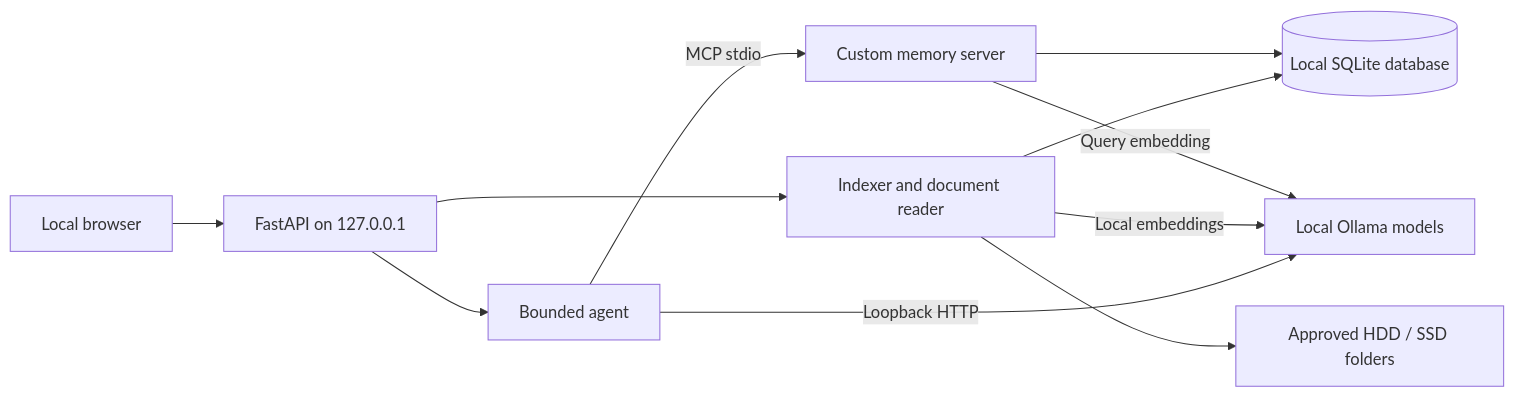
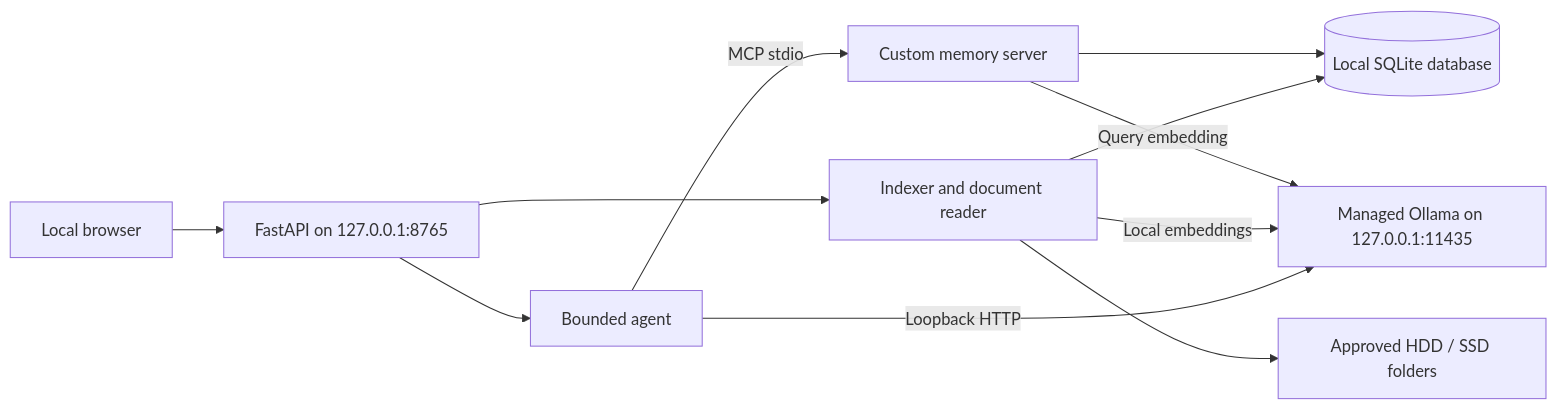
Before and after one commit to TrijalBurman/MCP-Server: the diagram in docs/architecture.md, drawn with Mermaid. The commit also changed other lines of this file and 31 other files, not shown here.

````diff
--- a/docs/architecture.md
+++ b/docs/architecture.md
@@ -5,13 +5,13 @@
 ```mermaid
 flowchart LR
-    User[Local browser] --> API[FastAPI on 127.0.0.1]
+    User[Local browser] --> API[FastAPI on 127.0.0.1:8765]
     API --> Agent[Bounded agent]
     API --> Library[Indexer and document reader]
     Library --> Files[Approved HDD / SSD folders]
     Library --> DB[(Local SQLite database)]
     Agent -->|MCP stdio| MCP[Custom memory server]
     MCP --> DB
-    Agent -->|Loopback HTTP| Ollama[Local Ollama models]
+    Agent -->|Loopback HTTP| Ollama[Managed Ollama on 127.0.0.1:11435]
     Library -->|Local embeddings| Ollama
     MCP -->|Query embedding| Ollama
 ```
````
